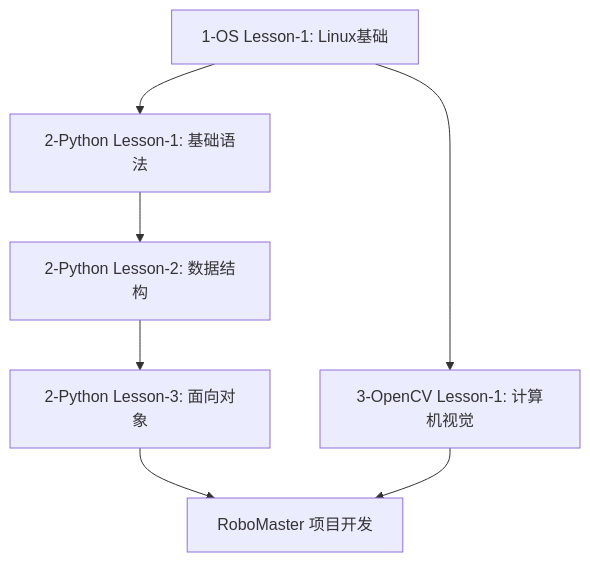
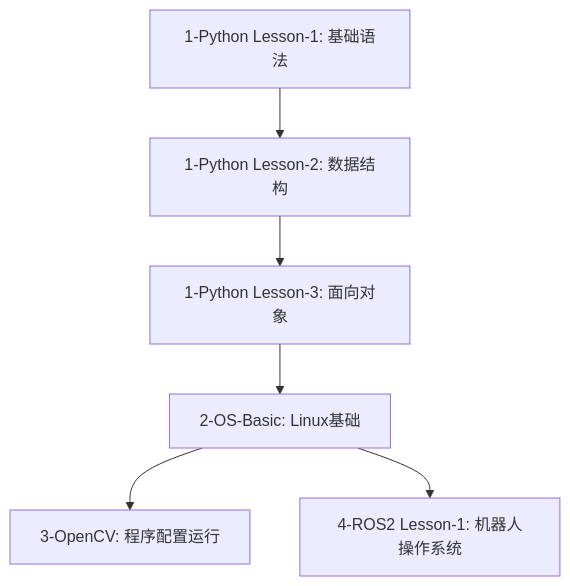
One commit to unnc-aim/aim-rookie-courses changed the diagram in Algorithm+Electronic/README.md. Above: the diagram before and after it, drawn with Mermaid. The commit also changed other lines of this file and 6 other files, not shown here.

````diff
--- a/Algorithm+Electronic/README.md
+++ b/Algorithm+Electronic/README.md
@@ -55,9 +55,9 @@
 ```mermaid
 graph TD
-    A[1-OS Lesson-1: Linux基础] --> B[2-Python Lesson-1: 基础语法]
-    B --> C[2-Python Lesson-2: 数据结构]
-    C --> D[2-Python Lesson-3: 面向对象]
-    A --> E[3-OpenCV Lesson-1: 计算机视觉]
-    D --> F[RoboMaster 项目开发]
-    E --> F
+    A[1-Python Lesson-1: 基础语法]
+    A --> B[1-Python Lesson-2: 数据结构]
+    B --> C[1-Python Lesson-3: 面向对象]
+    C --> D[2-OS-Basic: Linux基础]
+    D --> E[3-OpenCV: 程序配置运行]
+    D --> F[4-ROS2 Lesson-1: 机器人操作系统]
 ```
````
